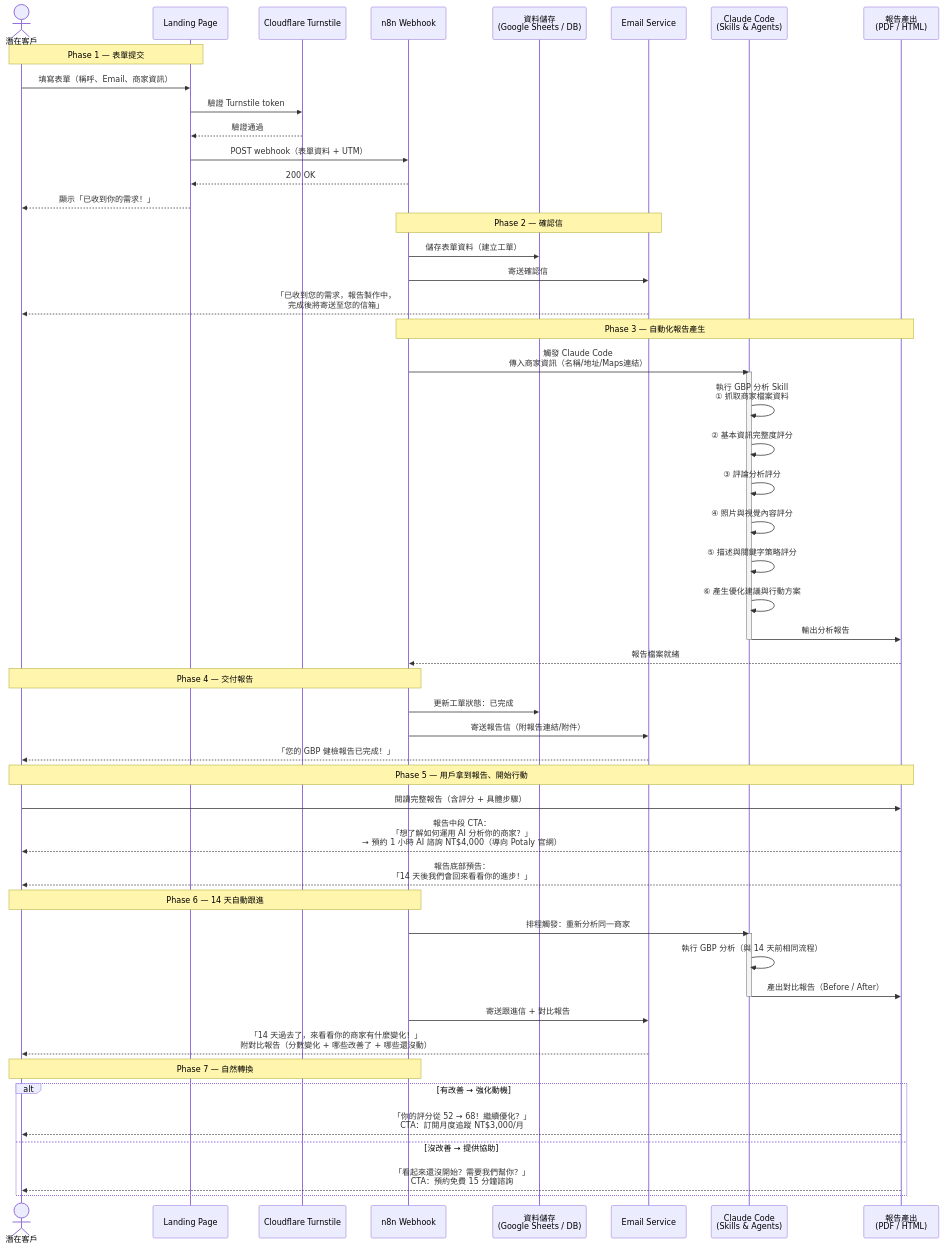
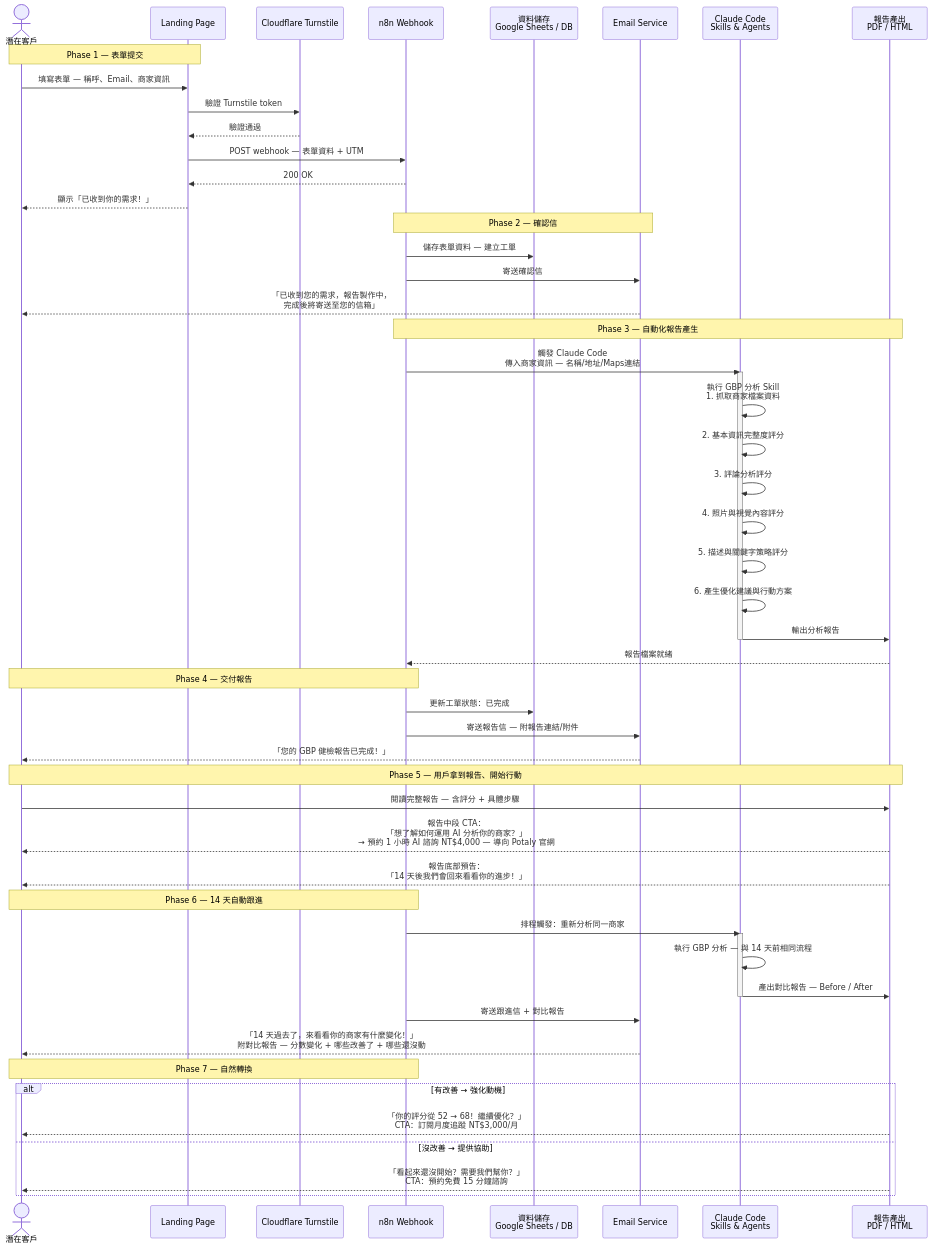
Before and after one commit to Jacky97s/gbp-seo-portfolio: the diagram in docs/automation-flow.md, drawn with Mermaid.

Commit message:
style: 調整自動化流程圖文字格式 - 精簡 sequenceDiagram 中的文字描述為短句 - 統一標號格式（中文數字改阿拉伯數字）與連接說明符號 - 改善表單與郵件節點的可讀性與一致性

````diff
--- a/docs/automation-flow.md
+++ b/docs/automation-flow.md
@@ -5,70 +5,70 @@
 ```mermaid
 sequenceDiagram
     actor User as 潛在客戶
     participant LP as Landing Page
     participant CF as Cloudflare Turnstile
     participant N8N as n8n Webhook
-    participant DB as 資料儲存<br>(Google Sheets / DB)
+    participant DB as 資料儲存<br>Google Sheets / DB
     participant Email as Email Service
-    participant CC as Claude Code<br>(Skills & Agents)
-    participant Report as 報告產出<br>(PDF / HTML)
+    participant CC as Claude Code<br>Skills & Agents
+    participant Report as 報告產出<br>PDF / HTML
 
     %% ===== Phase 1: 表單提交 =====
     Note over User, LP: Phase 1 — 表單提交
-    User->>LP: 填寫表單（稱呼、Email、商家資訊）
+    User->>LP: 填寫表單 — 稱呼、Email、商家資訊
     LP->>CF: 驗證 Turnstile token
     CF-->>LP: 驗證通過
-    LP->>N8N: POST webhook（表單資料 + UTM）
+    LP->>N8N: POST webhook — 表單資料 + UTM
     N8N-->>LP: 200 OK
     LP-->>User: 顯示「已收到你的需求！」
 
     %% ===== Phase 2: 確認信 =====
     Note over N8N, Email: Phase 2 — 確認信
-    N8N->>DB: 儲存表單資料（建立工單）
+    N8N->>DB: 儲存表單資料 — 建立工單
     N8N->>Email: 寄送確認信
     Email-->>User: 「已收到您的需求，報告製作中，<br>完成後將寄送至您的信箱」
 
     %% ===== Phase 3: 報告產生 =====
     Note over N8N, Report: Phase 3 — 自動化報告產生
-    N8N->>CC: 觸發 Claude Code<br>傳入商家資訊（名稱/地址/Maps連結）
+    N8N->>CC: 觸發 Claude Code<br>傳入商家資訊 — 名稱/地址/Maps連結
     activate CC
-    CC->>CC: 執行 GBP 分析 Skill<br>① 抓取商家檔案資料
-    CC->>CC: ② 基本資訊完整度評分
-    CC->>CC: ③ 評論分析評分
-    CC->>CC: ④ 照片與視覺內容評分
-    CC->>CC: ⑤ 描述與關鍵字策略評分
-    CC->>CC: ⑥ 產生優化建議與行動方案
+    CC->>CC: 執行 GBP 分析 Skill<br>1. 抓取商家檔案資料
+    CC->>CC: 2. 基本資訊完整度評分
+    CC->>CC: 3. 評論分析評分
+    CC->>CC: 4. 照片與視覺內容評分
+    CC->>CC: 5. 描述與關鍵字策略評分
+    CC->>CC: 6. 產生優化建議與行動方案
     CC->>Report: 輸出分析報告
     deactivate CC
     Report-->>N8N: 報告檔案就緒
 
     %% ===== Phase 4: 交付報告 =====
     Note over N8N, User: Phase 4 — 交付報告
     N8N->>DB: 更新工單狀態：已完成
-    N8N->>Email: 寄送報告信（附報告連結/附件）
+    N8N->>Email: 寄送報告信 — 附報告連結/附件
     Email-->>User: 「您的 GBP 健檢報告已完成！」
 
     %% ===== Phase 5: 用戶執行優化 =====
     Note over User, Report: Phase 5 — 用戶拿到報告、開始行動
-    User->>Report: 閱讀完整報告（含評分 + 具體步驟）
-    Report-->>User: 報告中段 CTA：<br>「想了解如何運用 AI 分析你的商家？」<br>→ 預約 1 小時 AI 諮詢 NT$4,000（導向 Potaly 官網）
+    User->>Report: 閱讀完整報告 — 含評分 + 具體步驟
+    Report-->>User: 報告中段 CTA：<br>「想了解如何運用 AI 分析你的商家？」<br>→ 預約 1 小時 AI 諮詢 NT$4,000 — 導向 Potaly 官網
     Report-->>User: 報告底部預告：<br>「14 天後我們會回來看看你的進步！」
 
     %% ===== Phase 6: 14 天後跟進 =====
     Note over N8N, User: Phase 6 — 14 天自動跟進
     N8N->>CC: 排程觸發：重新分析同一商家
     activate CC
-    CC->>CC: 執行 GBP 分析（與 14 天前相同流程）
-    CC->>Report: 產出對比報告（Before / After）
+    CC->>CC: 執行 GBP 分析 — 與 14 天前相同流程
+    CC->>Report: 產出對比報告 — Before / After
     deactivate CC
     N8N->>Email: 寄送跟進信 + 對比報告
-    Email-->>User: 「14 天過去了，來看看你的商家有什麼變化！」<br>附對比報告（分數變化 + 哪些改善了 + 哪些還沒動）
+    Email-->>User: 「14 天過去了，來看看你的商家有什麼變化！」<br>附對比報告 — 分數變化 + 哪些改善了 + 哪些還沒動
 
-    %% ===== Phase 7: 轉換（依用戶狀態） =====
+    %% ===== Phase 7: 轉換 — 依用戶狀態 =====
     Note over User, N8N: Phase 7 — 自然轉換
     alt 有改善 → 強化動機
         Report-->>User: 「你的評分從 52 → 68！繼續優化？」<br>CTA：訂閱月度追蹤 NT$3,000/月
     else 沒改善 → 提供協助
         Report-->>User: 「看起來還沒開始？需要我們幫你？」<br>CTA：預約免費 15 分鐘諮詢
     end
 ```
````
